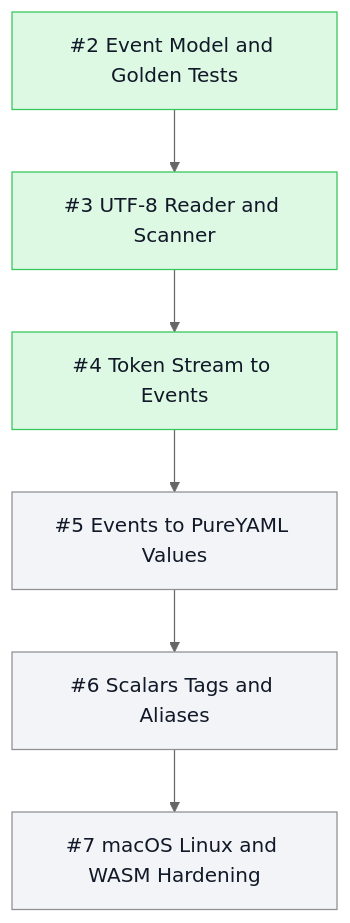
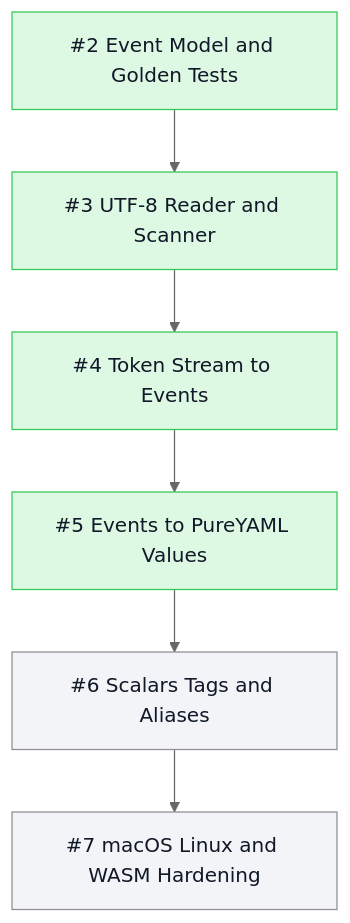
The third of 3 diagrams in README.md (mihaelamj/PureYAML), drawn with Mermaid (neutral theme) before and after one commit. The commit also changed other lines of this file and 15 other files, not shown here.

Commit message:
feat(parsing): compose events into values

````diff
--- a/README.md
+++ b/README.md
@@ -54,18 +54,18 @@
 ```mermaid
 flowchart TB
   classDef done fill:#ddf9e4,stroke:#34c759,color:#111827
   classDef review fill:#fff7d6,stroke:#ffcc00,color:#111827
   classDef epic fill:#f2e5ff,stroke:#af52de,color:#111827
   classDef todo fill:#f2f4f7,stroke:#8e8e93,color:#111827
   Issue2["#2 Event Model and Golden Tests"]:::done
   Issue3["#3 UTF-8 Reader and Scanner"]:::done
   Issue4["#4 Token Stream to Events"]:::done
-  Issue5["#5 Events to PureYAML Values"]:::todo
+  Issue5["#5 Events to PureYAML Values"]:::done
   Issue6["#6 Scalars Tags and Aliases"]:::todo
   Issue7["#7 macOS Linux and WASM Hardening"]:::todo
   Issue2 --> Issue3
   Issue3 --> Issue4
   Issue4 --> Issue5
   Issue5 --> Issue6
   Issue6 --> Issue7
 ```
````
